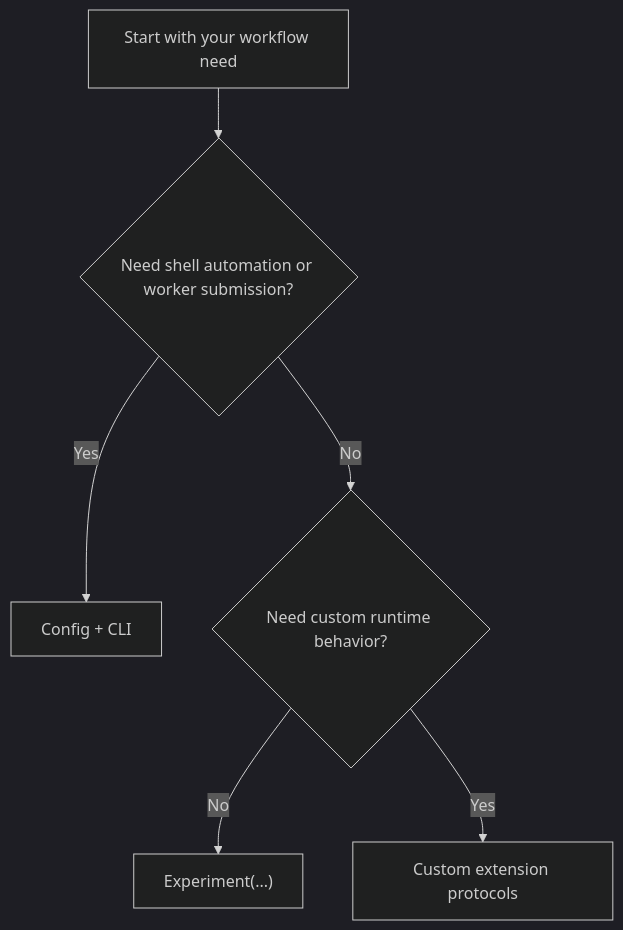
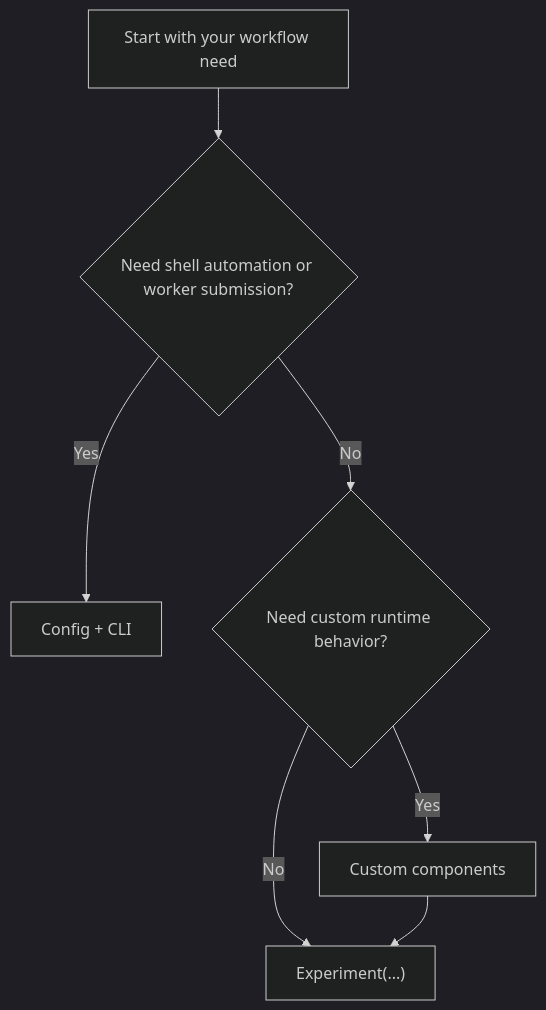
The diagram in docs/start-here/choose-your-api-layer.md (Pittawat2542/themis), drawn with Mermaid (dark theme) before and after one commit. The commit also changed other lines of this file and 55 other files, not shown here.

````diff
--- a/docs/start-here/choose-your-api-layer.md
+++ b/docs/start-here/choose-your-api-layer.md
@@ -18,9 +18,10 @@
 ```mermaid
 flowchart TD
     A["Start with your workflow need"]
     A --> B{"Need shell automation or worker submission?"}
     B -->|Yes| C["Config + CLI"]
     B -->|No| D{"Need custom runtime behavior?"}
     D -->|No| E["Experiment(...)"]
-    D -->|Yes| F["Custom extension protocols"]
+    D -->|Yes| F["Custom components"]
+    F --> E
 ```
````
